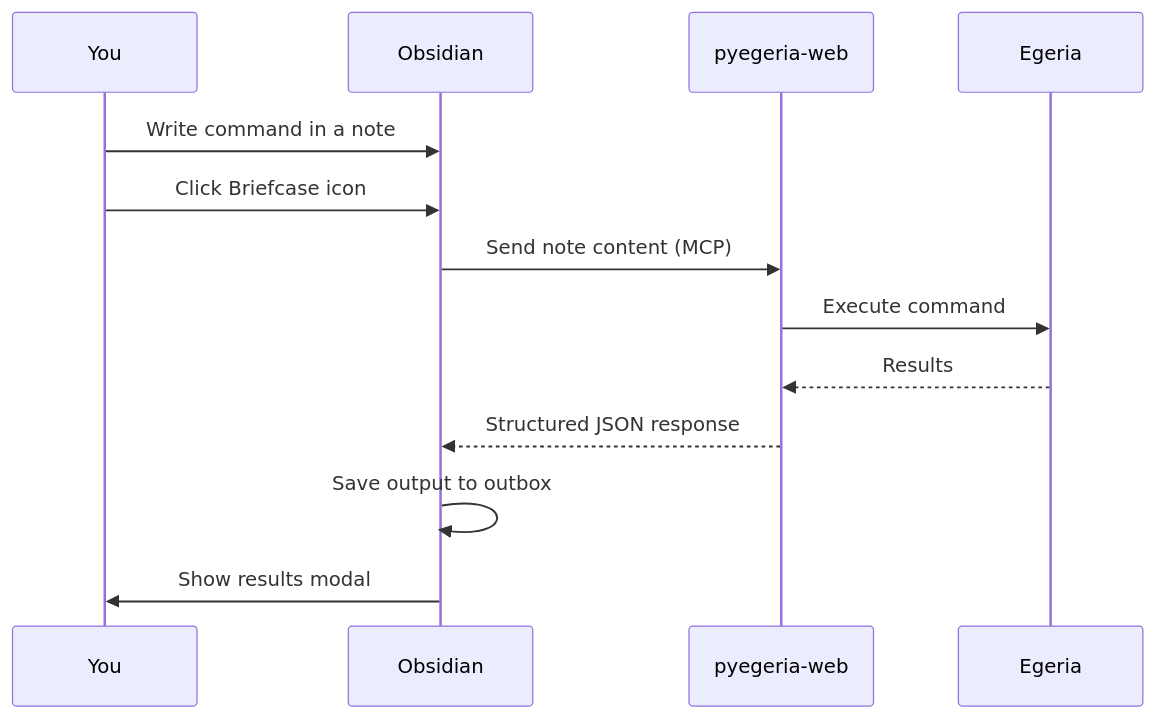
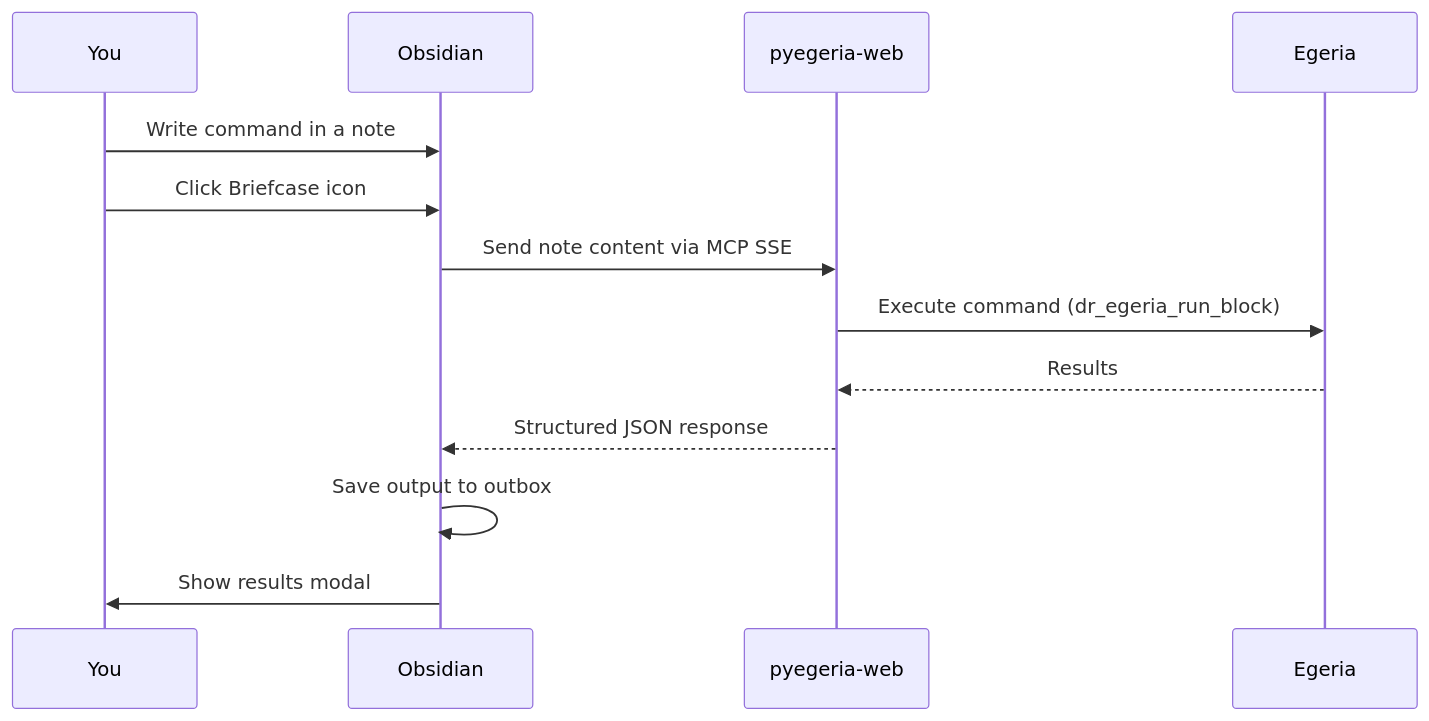
Before and after one commit to odpi/egeria-workspaces: the diagram in portal-docs/tools/dr-egeria/overview.md, drawn with Mermaid. The commit also changed other lines of this file and 2 other files, not shown here.

Commit message:
Documentation updates for MCP

````diff
--- a/portal-docs/tools/dr-egeria/overview.md
+++ b/portal-docs/tools/dr-egeria/overview.md
@@ -11,16 +11,16 @@
 ```mermaid
 sequenceDiagram
     participant You
     participant Obsidian
     participant Backend as pyegeria-web
     participant Egeria
 
     You->>Obsidian: Write command in a note
     You->>Obsidian: Click Briefcase icon
-    Obsidian->>Backend: Send note content (MCP)
-    Backend->>Egeria: Execute command
+    Obsidian->>Backend: Send note content via MCP SSE
+    Backend->>Egeria: Execute command (dr_egeria_run_block)
     Egeria-->>Backend: Results
     Backend-->>Obsidian: Structured JSON response
     Obsidian->>Obsidian: Save output to outbox
     Obsidian->>You: Show results modal
 ```
````
